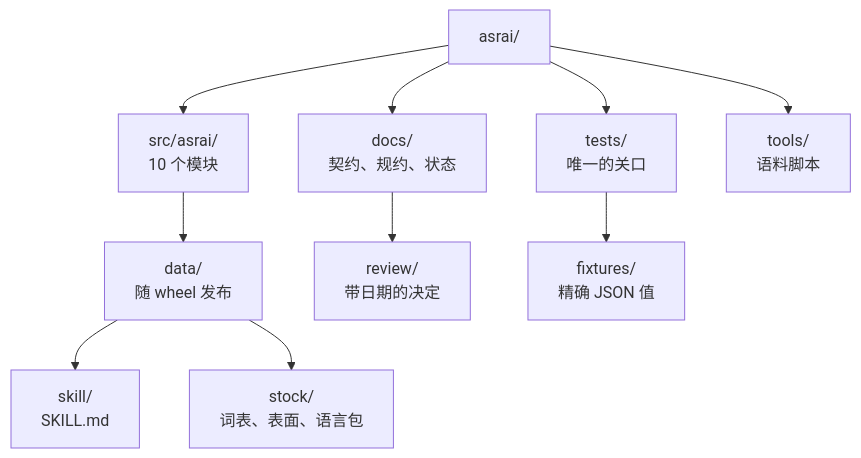
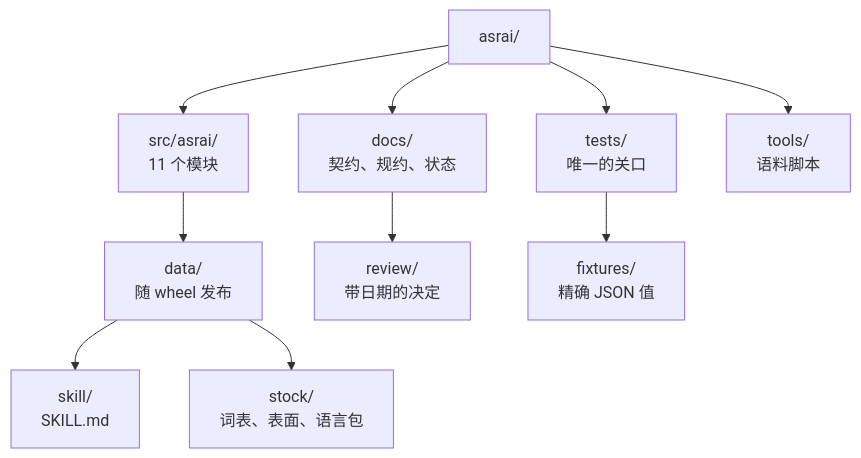
The diagram in docs/i18n/zh-Hans/README.md (Stdev17/asrai), drawn with Mermaid before and after one commit. The commit also changed other lines of this file and 13 other files, not shown here.

````diff
--- a/docs/i18n/zh-Hans/README.md
+++ b/docs/i18n/zh-Hans/README.md
@@ -73,8 +73,8 @@
 ```mermaid
 flowchart TD
-    ROOT["asrai/"] --> SRC["src/asrai/<br/>10 个模块"] & DOCS["docs/<br/>契约、规约、状态"] & TESTS["tests/<br/>唯一的关口"] & TOOLS["tools/<br/>语料脚本"]
+    ROOT["asrai/"] --> SRC["src/asrai/<br/>11 个模块"] & DOCS["docs/<br/>契约、规约、状态"] & TESTS["tests/<br/>唯一的关口"] & TOOLS["tools/<br/>语料脚本"]
     SRC --> DATA["data/<br/>随 wheel 发布"]
     DATA --> SKILL["skill/<br/>SKILL.md"] & STOCK["stock/<br/>词表、表面、语言包"]
     DOCS --> REVIEW["review/<br/>带日期的决定"]
     TESTS --> FIX["fixtures/<br/>精确 JSON 值"]
 ```
````
